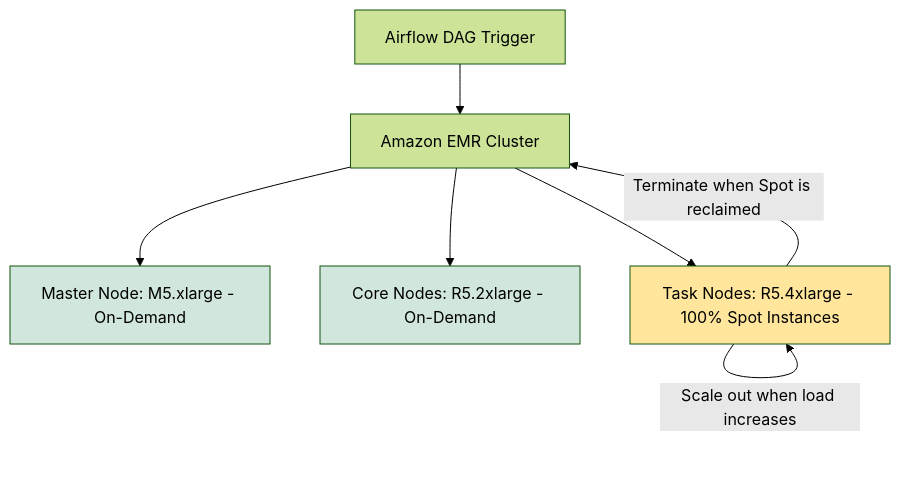
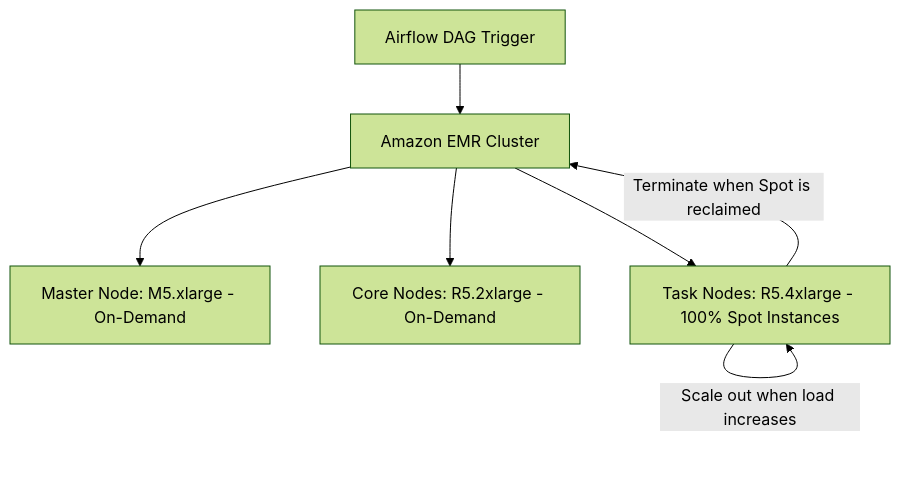
Before and after one commit to kythuatdulieu/kythuatdulieu.github.io: the third of 4 diagrams in src/content/docs/projects/system-design/finops-architecture.md, drawn with Mermaid (forest theme). The commit also changed other lines of this file and 682 other files, not shown here.

````diff
--- a/src/content/docs/projects/system-design/finops-architecture.md
+++ b/src/content/docs/projects/system-design/finops-architecture.md
@@ -132,13 +130,12 @@
 ```mermaid
 graph TD
     A["Airflow DAG Trigger"] --> B["Amazon EMR Cluster"]
     B --> C["Master Node: M5.xlarge - On-Demand"]
     B --> D["Core Nodes: R5.2xlarge - On-Demand"]
     B --> E["Task Nodes: R5.4xlarge - 100% Spot Instances"]
     E -->|Scale out when load increases| E
     E -->|Terminate when Spot is reclaimed| B
-    
-    style C fill:#d1e7dd
-    style D fill:#d1e7dd
-    style E fill:#ffe69c
+
+
+
 ```
````
